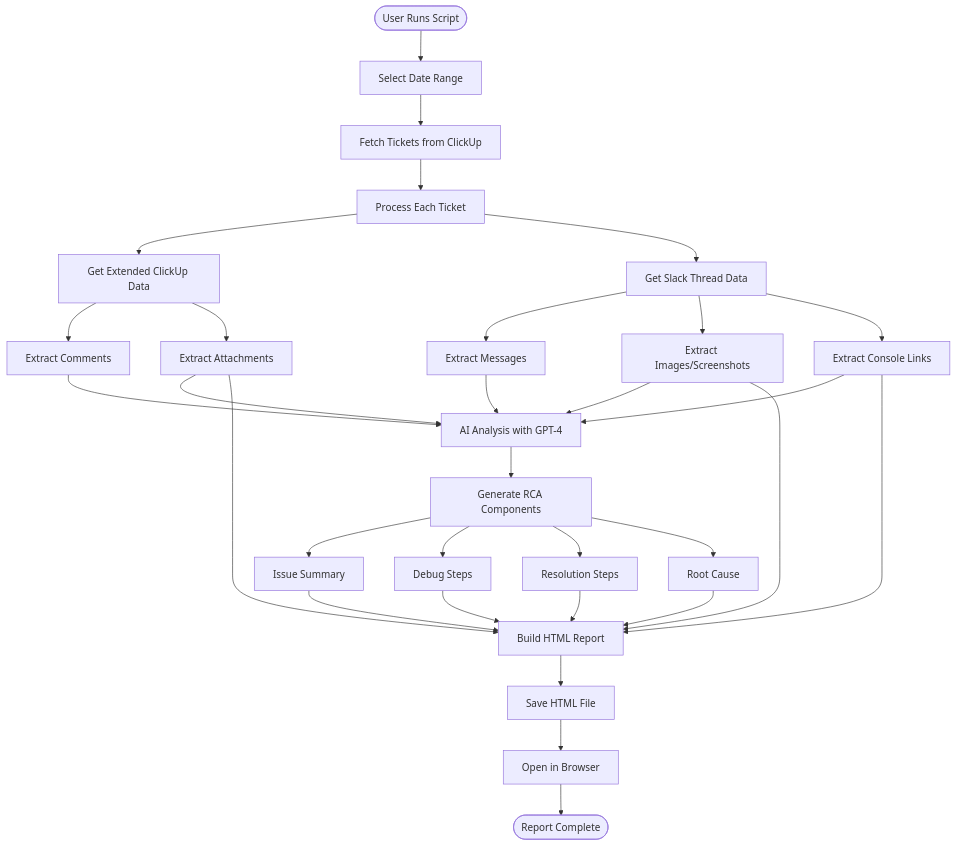
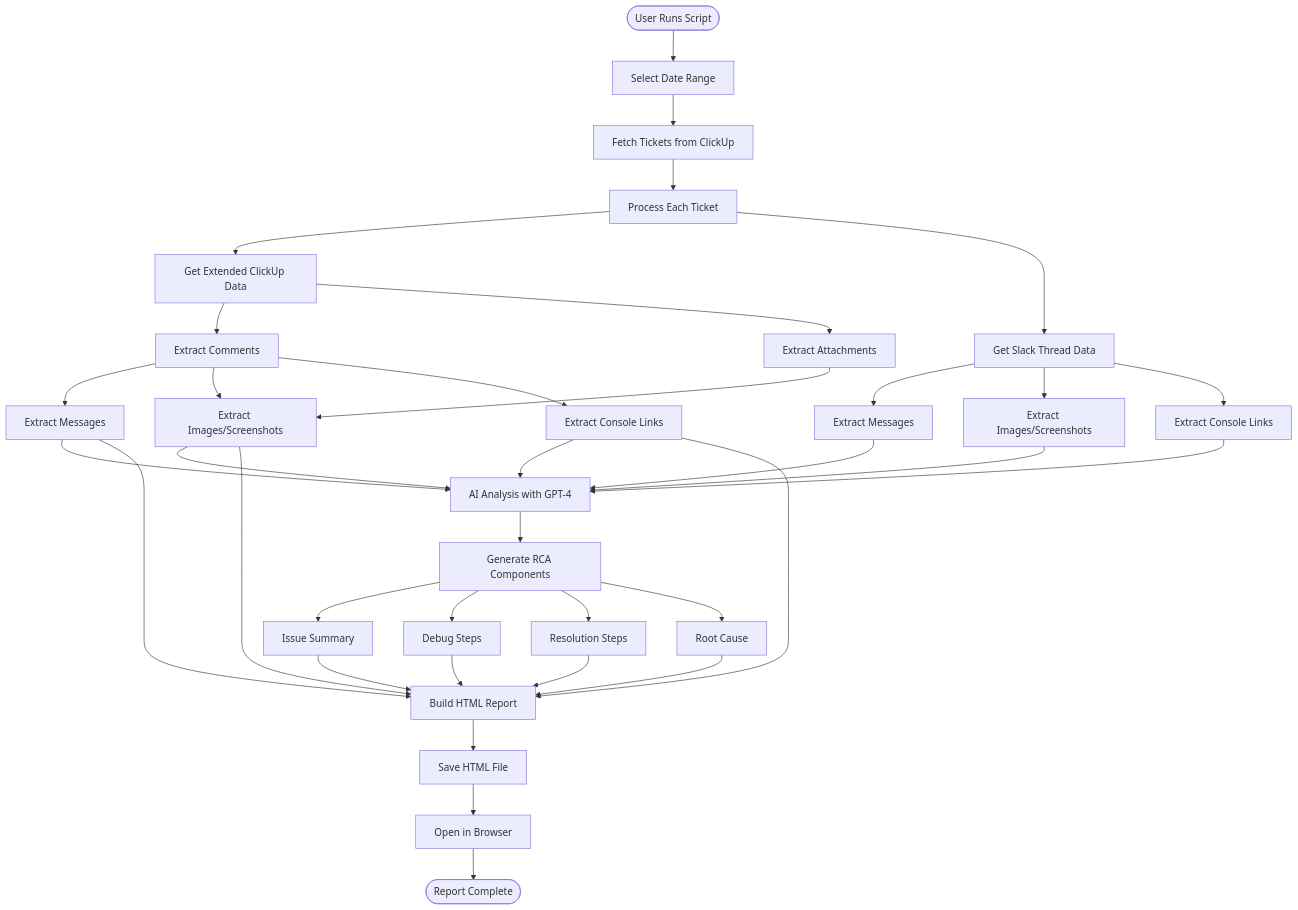
One commit to AbhisHub-12/RCA_agent_For_clickup_ticket changed the diagram in README.md. Above: the diagram before and after it, drawn with Mermaid. The commit also changed other lines of this file, not shown here.

````diff
--- a/README.md
+++ b/README.md
@@ -49,40 +50,47 @@
 ```mermaid
 graph TD
     Start([User Runs Script]) --> DateRange[Select Date Range]
     DateRange --> FetchTickets[Fetch Tickets from ClickUp]
     
     FetchTickets --> ProcessTicket[Process Each Ticket]
     
     ProcessTicket --> GetClickUpData[Get Extended ClickUp Data]
-    GetClickUpData --> GetComments[Extract Comments]
-    GetClickUpData --> GetAttachments[Extract Attachments]
+    ProcessTicket --> GetSlackData[Get Slack Thread Data]
     
-    ProcessTicket --> GetSlackData[Get Slack Thread Data]
-    GetSlackData --> GetMessages[Extract Messages]
-    GetSlackData --> GetImages[Extract Images/Screenshots]
-    GetSlackData --> GetLinks[Extract Console Links]
+    GetClickUpData --> ExtractComments[Extract Comments]
+    GetClickUpData --> ExtractAttachments[Extract Attachments]
     
-    GetComments --> AIAnalysis[AI Analysis with GPT-4]
-    GetMessages --> AIAnalysis
-    GetImages --> AIAnalysis
-    GetLinks --> AIAnalysis
-    GetAttachments --> AIAnalysis
+    GetSlackData --> ExtractSlackMessages[Extract Messages]
+    GetSlackData --> ExtractSlackImages[Extract Images/Screenshots]
+    GetSlackData --> ExtractSlackLinks[Extract Console Links]
+    
+    ExtractComments --> ExtractMessages[Extract Messages]
+    ExtractComments --> ExtractImages[Extract Images/Screenshots]
+    ExtractComments --> ExtractConsoleLinks[Extract Console Links]
+    ExtractAttachments --> ExtractImages
+    
+    ExtractMessages --> AIAnalysis[AI Analysis with GPT-4]
+    ExtractImages --> AIAnalysis
+    ExtractConsoleLinks --> AIAnalysis
+    ExtractSlackMessages --> AIAnalysis
+    ExtractSlackImages --> AIAnalysis
+    ExtractSlackLinks --> AIAnalysis
     
     AIAnalysis --> GenerateRCA[Generate RCA Components]
     GenerateRCA --> Summary[Issue Summary]
     GenerateRCA --> DebugSteps[Debug Steps]
     GenerateRCA --> Resolution[Resolution Steps]
     GenerateRCA --> RootCause[Root Cause]
     
     Summary --> BuildHTML[Build HTML Report]
     DebugSteps --> BuildHTML
     Resolution --> BuildHTML
     RootCause --> BuildHTML
-    GetImages --> BuildHTML
-    GetLinks --> BuildHTML
-    GetAttachments --> BuildHTML
+    ExtractMessages --> BuildHTML
+    ExtractImages --> BuildHTML
+    ExtractConsoleLinks --> BuildHTML
     
     BuildHTML --> SaveReport[Save HTML File]
     SaveReport --> OpenBrowser[Open in Browser]
     OpenBrowser --> End([Report Complete])
 ```
````
